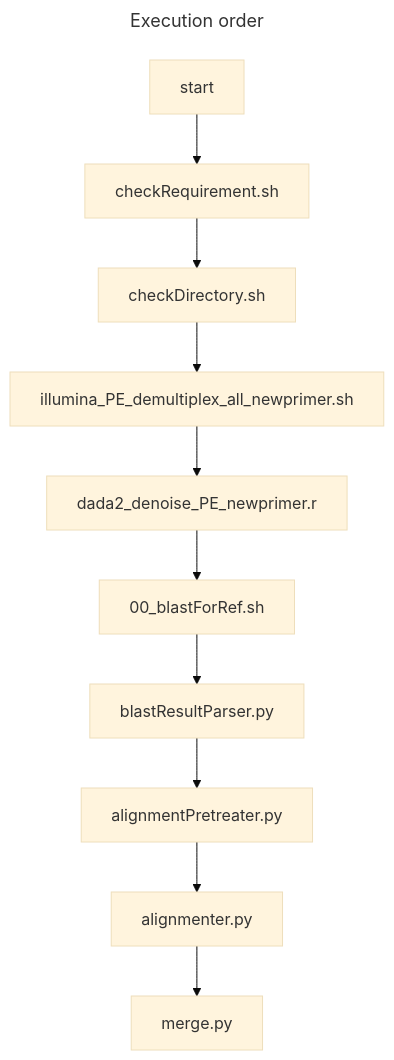
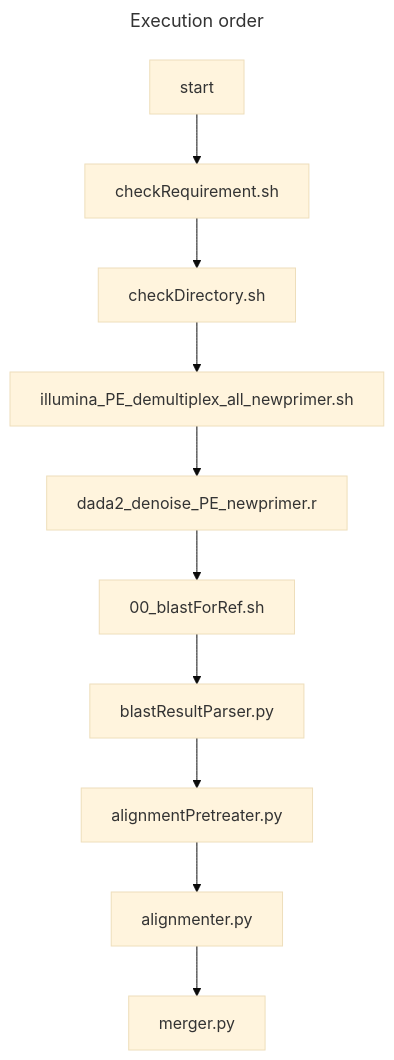
One commit to PowerBarcoder/PowerBarcoder changed the first of 2 diagrams in main/readme.md. Above: the diagram before and after it, drawn with Mermaid (base theme). The commit also changed other lines of this file and 4 other files, not shown here.

Commit message:
[modified] rename merge.py into merger.py

````diff
--- a/main/readme.md
+++ b/main/readme.md
@@ -104,15 +104,15 @@
 ```mermaid
 ---
 title: Execution order
 ---
  graph TD
     A[start] -->B[checkRequirement.sh]
     B --> C[checkDirectory.sh]
     C --> D[illumina_PE_demultiplex_all_newprimer.sh]
     D --> E[dada2_denoise_PE_newprimer.r]
     E --> F[00_blastForRef.sh]
     F --> G[blastResultParser.py]
     G --> H[alignmentPretreater.py]
     H --> I[alignmenter.py]
-    I --> J[merge.py]
+    I --> J[merger.py]
 ```
````
